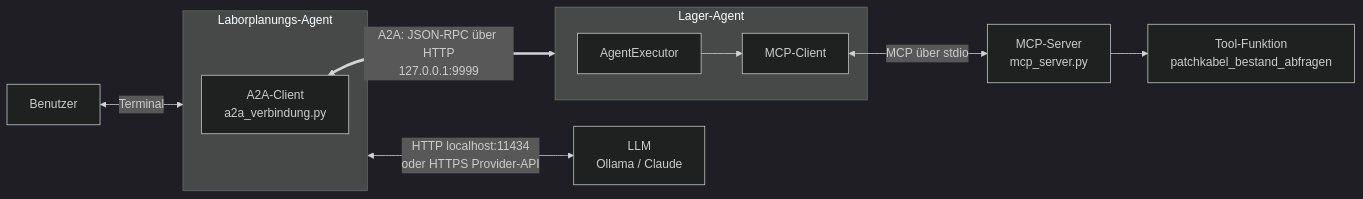
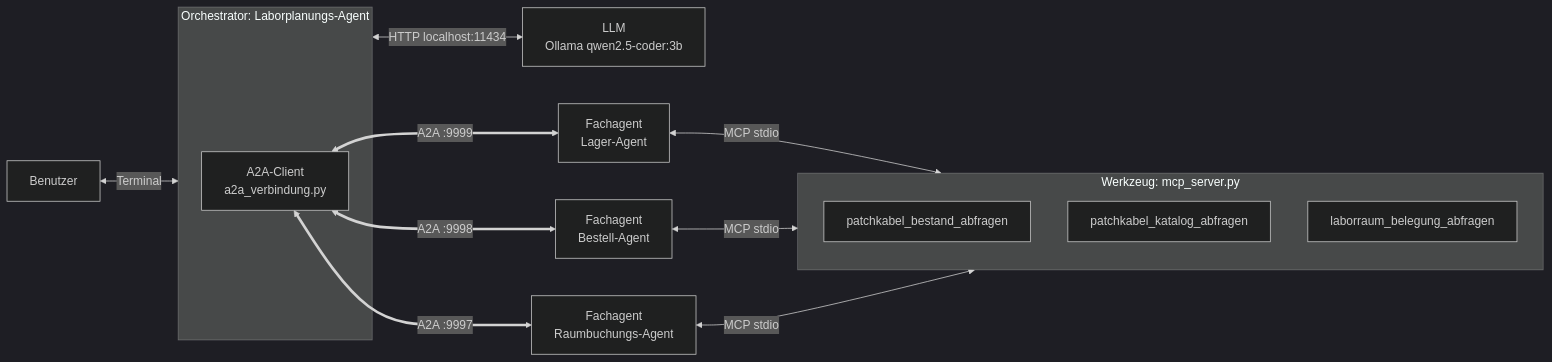
Before and after one commit to Lotter69/mcp-a2a-basics: the first of 5 diagrams in 08_a2a_architecture.md, drawn with Mermaid (dark theme). The commit also changed other lines of this file and 31 other files, not shown here.

````diff
--- a/08_a2a_architecture.md
+++ b/08_a2a_architecture.md
@@ -7,14 +7,19 @@
 ```mermaid
 flowchart LR
     U[Benutzer] <-->|Terminal| P
-    subgraph P[Laborplanungs-Agent]
+    subgraph P[Orchestrator: Laborplanungs-Agent]
         PC[A2A-Client<br/>a2a_verbindung.py]
     end
-    P <-->|HTTP localhost:11434<br/>oder HTTPS Provider-API| L[LLM<br/>Ollama / Claude]
-    PC <==>|A2A: JSON-RPC über HTTP<br/>127.0.0.1:9999| LA
-    subgraph LA[Lager-Agent]
-        EX[AgentExecutor] --> MC[MCP-Client]
+    P <-->|HTTP localhost:11434| L[LLM<br/>Ollama qwen2.5-coder:3b]
+    PC <==>|A2A :9999| LA[Fachagent<br/>Lager-Agent]
+    PC <==>|A2A :9998| BA[Fachagent<br/>Bestell-Agent]
+    PC <==>|A2A :9997| RA[Fachagent<br/>Raumbuchungs-Agent]
+    LA <-->|MCP stdio| MS
+    BA <-->|MCP stdio| MS
+    RA <-->|MCP stdio| MS
+    subgraph MS[Werkzeug: mcp_server.py]
+        T1[patchkabel_bestand_abfragen]
+        T2[patchkabel_katalog_abfragen]
+        T3[laborraum_belegung_abfragen]
     end
-    MC <-->|MCP über stdio| MS[MCP-Server<br/>mcp_server.py]
-    MS --> T[Tool-Funktion<br/>patchkabel_bestand_abfragen]
 ```
````
